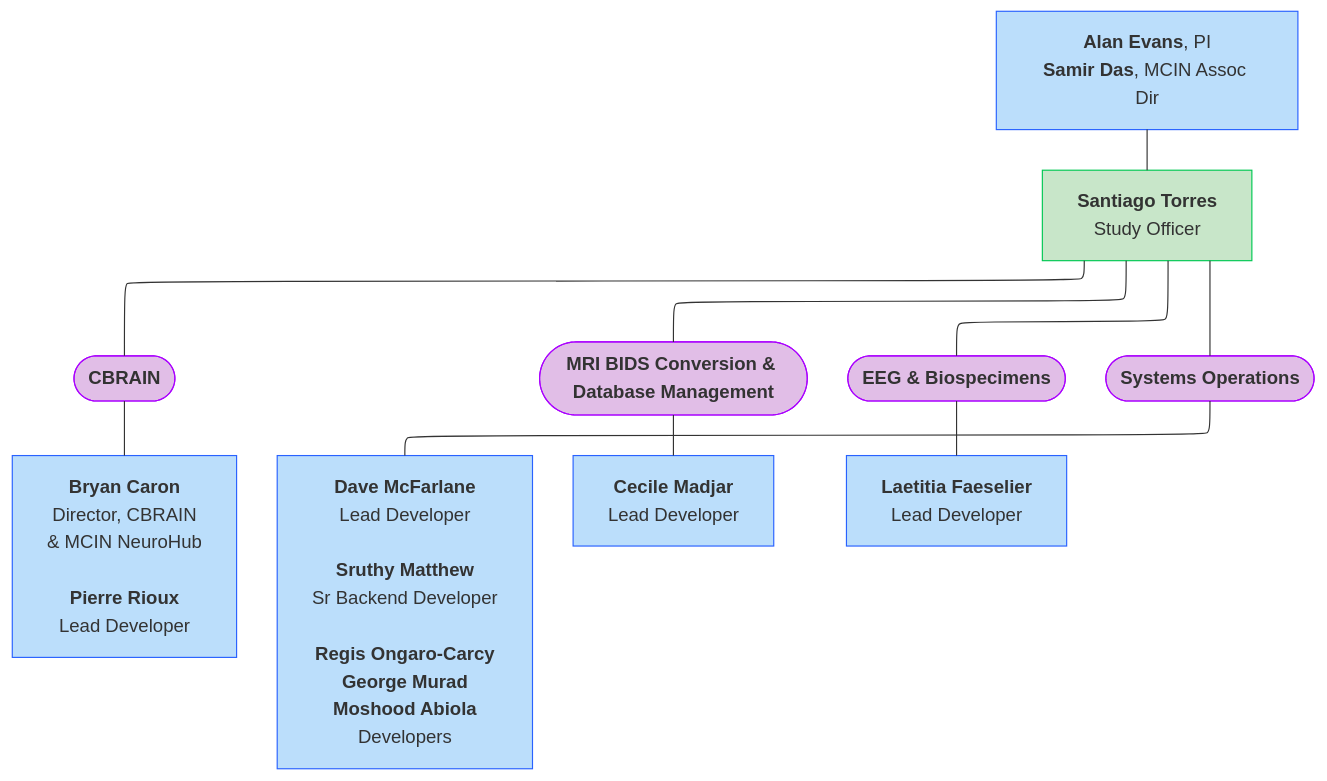
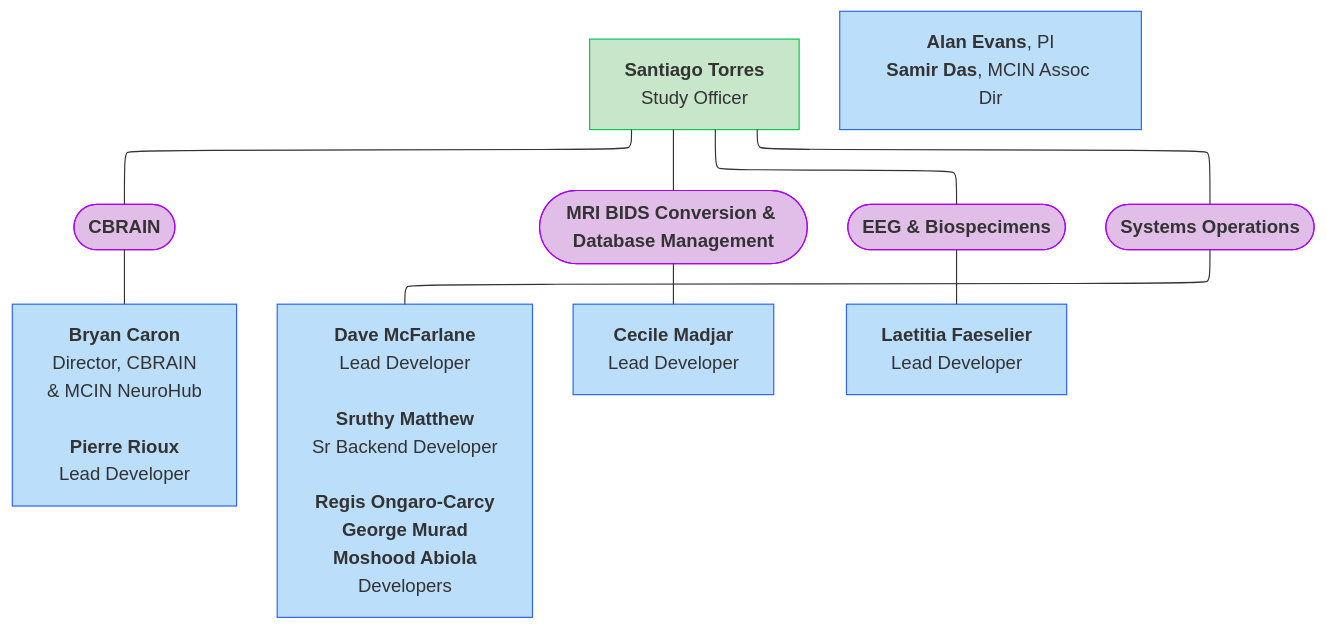
Before and after one commit to DCAN-Labs/hbcd-docs-internal: the third of 13 diagrams in docs/orgcharts.md, drawn with Mermaid. The commit also changed other lines of this file, not shown here.

````diff
--- a/docs/orgcharts.md
+++ b/docs/orgcharts.md
@@ -127,23 +127,23 @@
 ```mermaid
 ---
 config:
   layout: elk
 ---
 flowchart TB
     nl["<b>Santiago Torres</b><br>Study Officer"] --- C(["<b>CBRAIN</b>"]) & G(["<b>MRI BIDS Conversion &amp; Database Management</b>"]) & H(["<b>EEG &amp; Biospecimens</b>"]) & F(["<b>Systems Operations</b>"])
     C --- n12["<b>Bryan Caron</b><br>Director, CBRAIN<br>&amp; MCIN NeuroHub<br><br><b>Pierre Rioux</b><br>Lead Developer"]
     F --- I["<b>Dave McFarlane</b><br>Lead Developer<br><br><b>Sruthy Matthew</b><br>Sr Backend Developer<br><br><b>Regis Ongaro-Carcy<br>George Murad<br>Moshood Abiola</b><br>Developers"]
     G --- L["<b>Cecile Madjar</b><br>Lead Developer"]
     H --- M["<b>Laetitia Faeselier</b><br>Lead Developer"]
-    n13["<b>Alan Evans</b>, PI<br><b>Samir Das</b>, MCIN Assoc Dir"] --- nl
+    n13["<b>Alan Evans</b>, PI<br><b>Samir Das</b>, MCIN Assoc Dir"]
     style nl stroke:#00C853,fill:#C8E6C9
     style C stroke:#AA00FF,fill:#E1BEE7
     style G stroke:#AA00FF,fill:#E1BEE7
     style H stroke:#AA00FF,fill:#E1BEE7
     style F stroke:#AA00FF,fill:#E1BEE7
     style n12 stroke:#2962FF,fill:#BBDEFB
     style I stroke:#2962FF,fill:#BBDEFB
     style L stroke:#2962FF,fill:#BBDEFB
     style M stroke:#2962FF,fill:#BBDEFB
     style n13 stroke:#2962FF,fill:#BBDEFB
 ```
````
